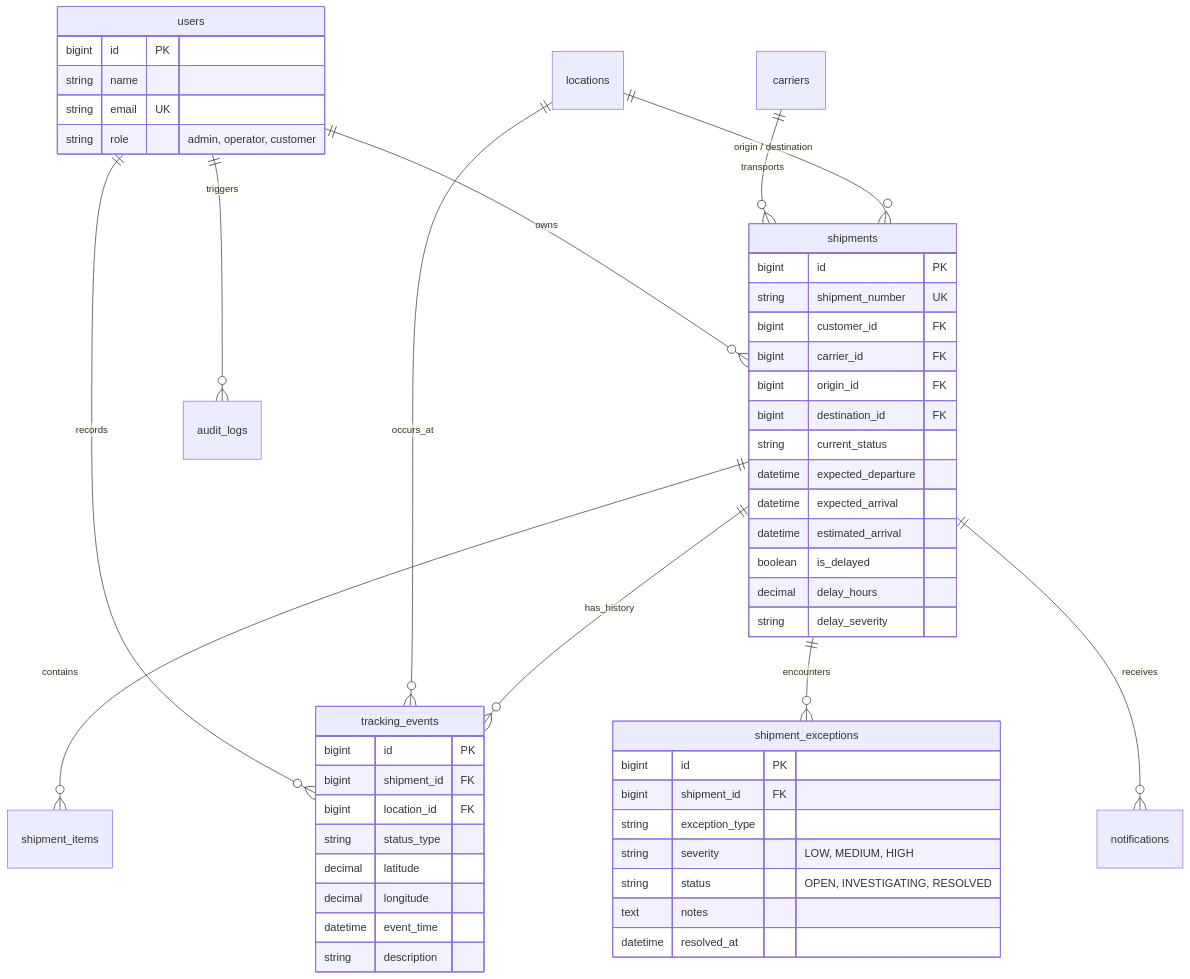
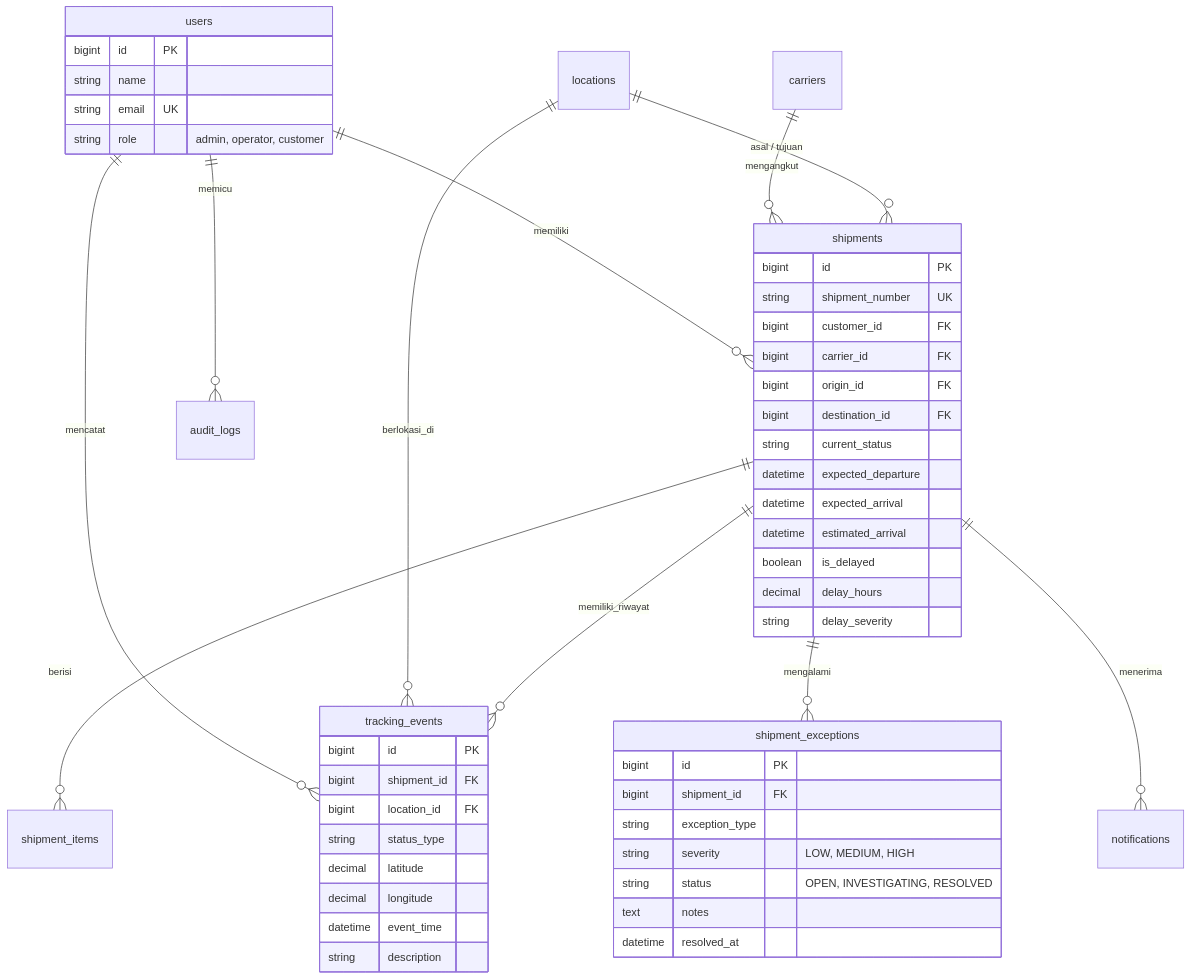
Before and after one commit to Nafs28/CargoTracer_UAS_PemrogramanWeb: the third of 3 diagrams in README.md, drawn with Mermaid. The commit also changed other lines of this file and 10 other files, not shown here.

````diff
--- a/README.md
+++ b/README.md
@@ -182,54 +182,54 @@
 ```mermaid
 erDiagram
-    users ||--o{ shipments : "owns"
-    users ||--o{ tracking_events : "records"
-    users ||--o{ audit_logs : "triggers"
-    carriers ||--o{ shipments : "transports"
-    locations ||--o{ shipments : "origin / destination"
-    locations ||--o{ tracking_events : "occurs_at"
-    shipments ||--o{ shipment_items : "contains"
-    shipments ||--o{ tracking_events : "has_history"
-    shipments ||--o{ shipment_exceptions : "encounters"
-    shipments ||--o{ notifications : "receives"
+    users ||--o{ shipments : "memiliki"
+    users ||--o{ tracking_events : "mencatat"
+    users ||--o{ audit_logs : "memicu"
+    carriers ||--o{ shipments : "mengangkut"
+    locations ||--o{ shipments : "asal / tujuan"
+    locations ||--o{ tracking_events : "berlokasi_di"
+    shipments ||--o{ shipment_items : "berisi"
+    shipments ||--o{ tracking_events : "memiliki_riwayat"
+    shipments ||--o{ shipment_exceptions : "mengalami"
+    shipments ||--o{ notifications : "menerima"
 
     users {
         bigint id PK
         string name
         string email UK
         string role "admin, operator, customer"
     }
     shipments {
         bigint id PK
         string shipment_number UK
         bigint customer_id FK
         bigint carrier_id FK
         bigint origin_id FK
         bigint destination_id FK
         string current_status
         datetime expected_departure
         datetime expected_arrival
         datetime estimated_arrival
         boolean is_delayed
         decimal delay_hours
         string delay_severity
     }
     tracking_events {
         bigint id PK
         bigint shipment_id FK
         bigint location_id FK
         string status_type
         decimal latitude
         decimal longitude
         datetime event_time
         string description
     }
     shipment_exceptions {
         bigint id PK
         bigint shipment_id FK
         string exception_type
         string severity "LOW, MEDIUM, HIGH"
         string status "OPEN, INVESTIGATING, RESOLVED"
         text notes
         datetime resolved_at
     }
 ```
````
